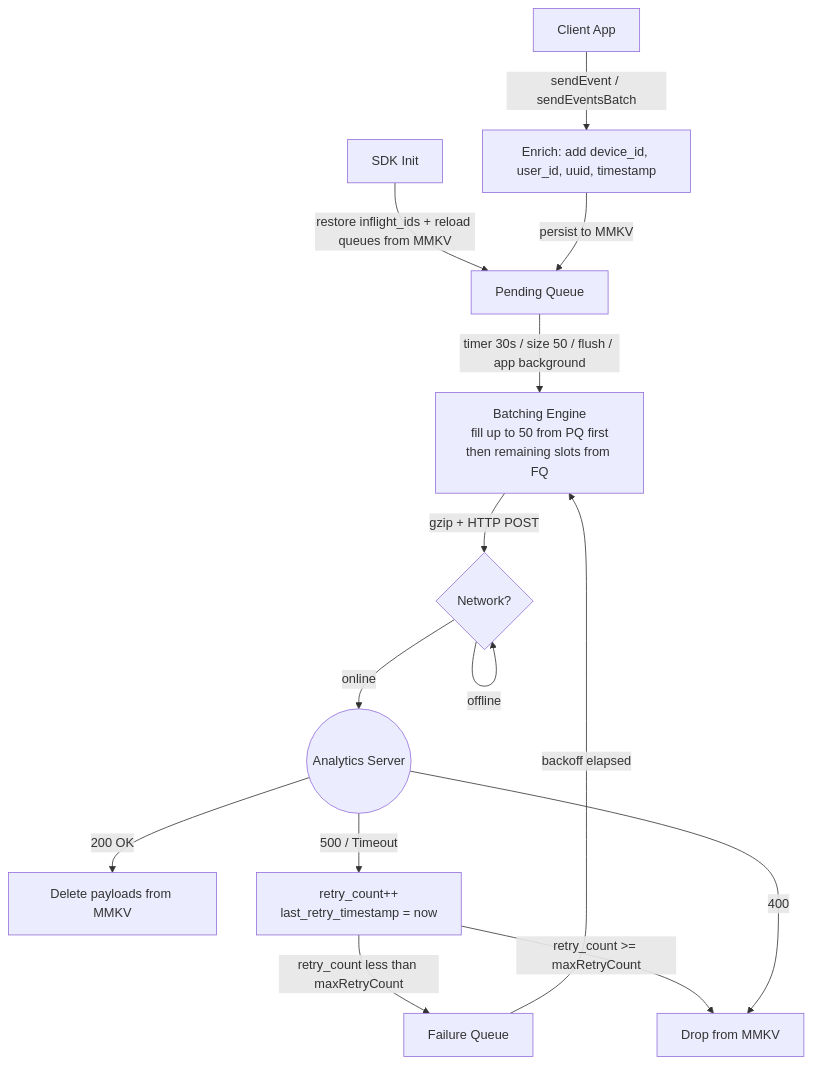
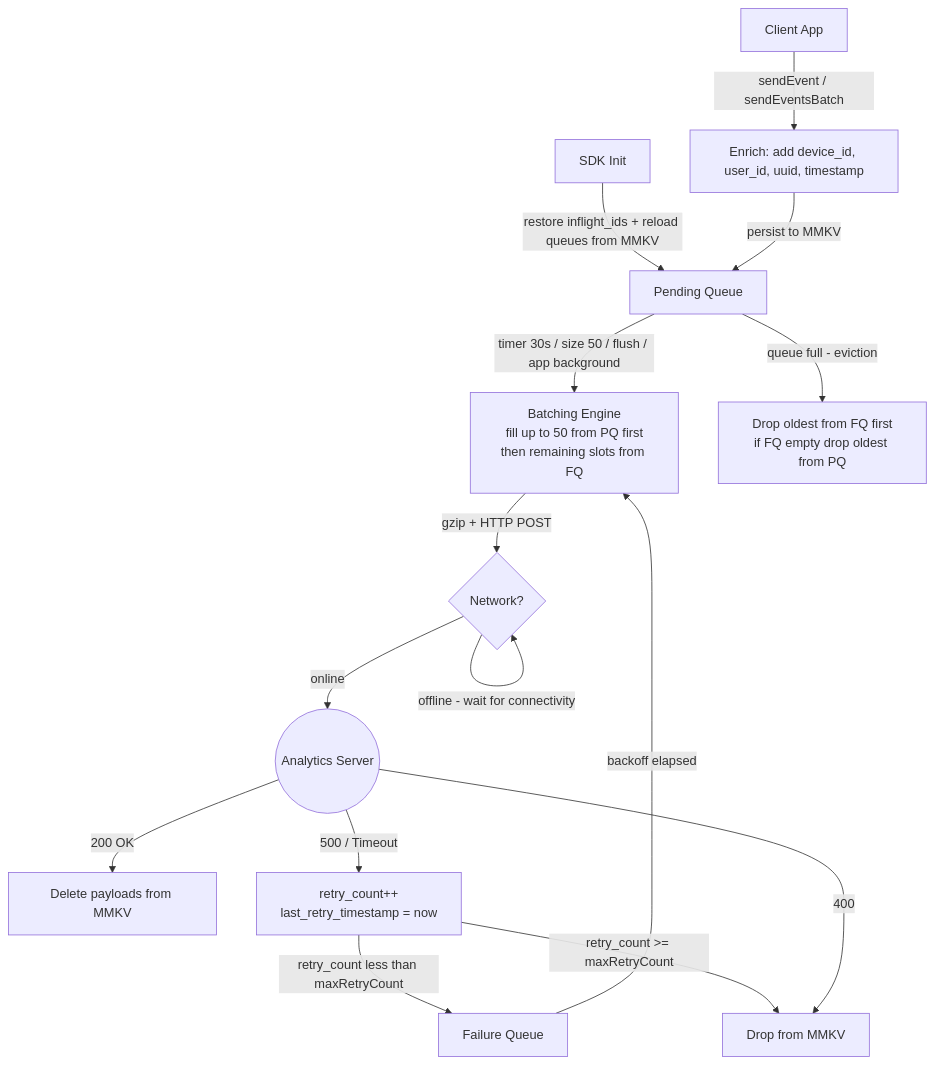
One commit to shubhamd99/private-learnings changed the diagram in GreatFrontend/SystemDesign/DesignAnalyticsSDK.md. Above: the diagram before and after it, drawn with Mermaid. The commit also changed other lines of this file, not shown here.

Commit message:
design analytics sdk

````diff
--- a/GreatFrontend/SystemDesign/DesignAnalyticsSDK.md
+++ b/GreatFrontend/SystemDesign/DesignAnalyticsSDK.md
@@ -227,22 +229,24 @@
 ```mermaid
 graph TD
     Init[SDK Init] -->|restore inflight_ids + reload queues from MMKV| PQ[Pending Queue]
 
     App[Client App]
     App -->|sendEvent / sendEventsBatch| Enrich[Enrich: add device_id, user_id, uuid, timestamp]
     Enrich -->|persist to MMKV| PQ
 
     PQ -->|timer 30s / size 50 / flush / app background| Batcher[Batching Engine\nfill up to 50 from PQ first\nthen remaining slots from FQ]
 
     FQ[Failure Queue] -->|backoff elapsed| Batcher
 
     Batcher -->|gzip + HTTP POST| Net{Network?}
-    Net -->|offline| Net
+    Net -->|offline - wait for connectivity| Net
     Net -->|online| Srv((Analytics Server))
+
+    PQ -->|queue full - eviction| Evict[Drop oldest from FQ first\nif FQ empty drop oldest from PQ]
 
     Srv -->|200 OK| Done[Delete payloads from MMKV]
     Srv -->|500 / Timeout| F[retry_count++\nlast_retry_timestamp = now]
     F -->|retry_count less than maxRetryCount| FQ
     F -->|retry_count >= maxRetryCount| Drop[Drop from MMKV]
     Srv -->|400| Drop
 ```
````
